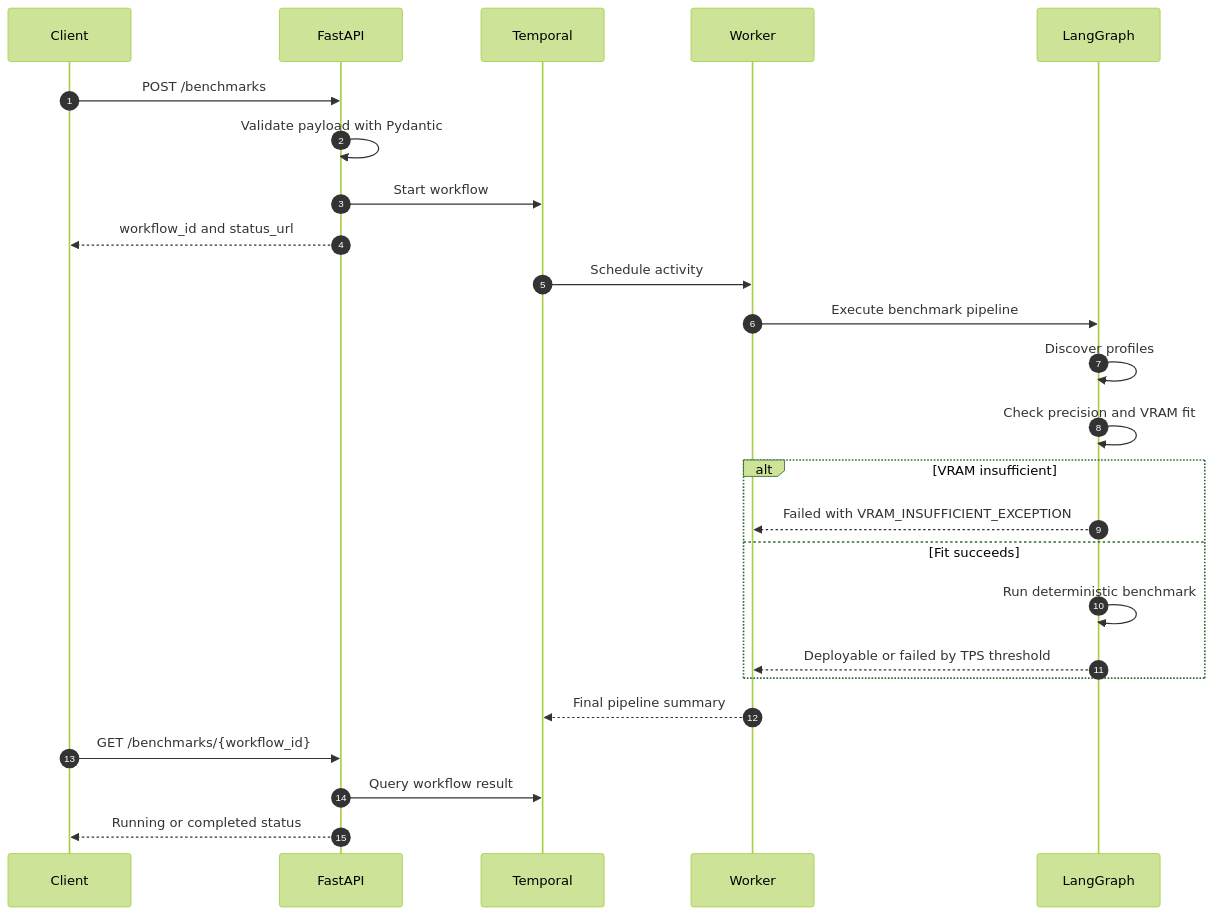
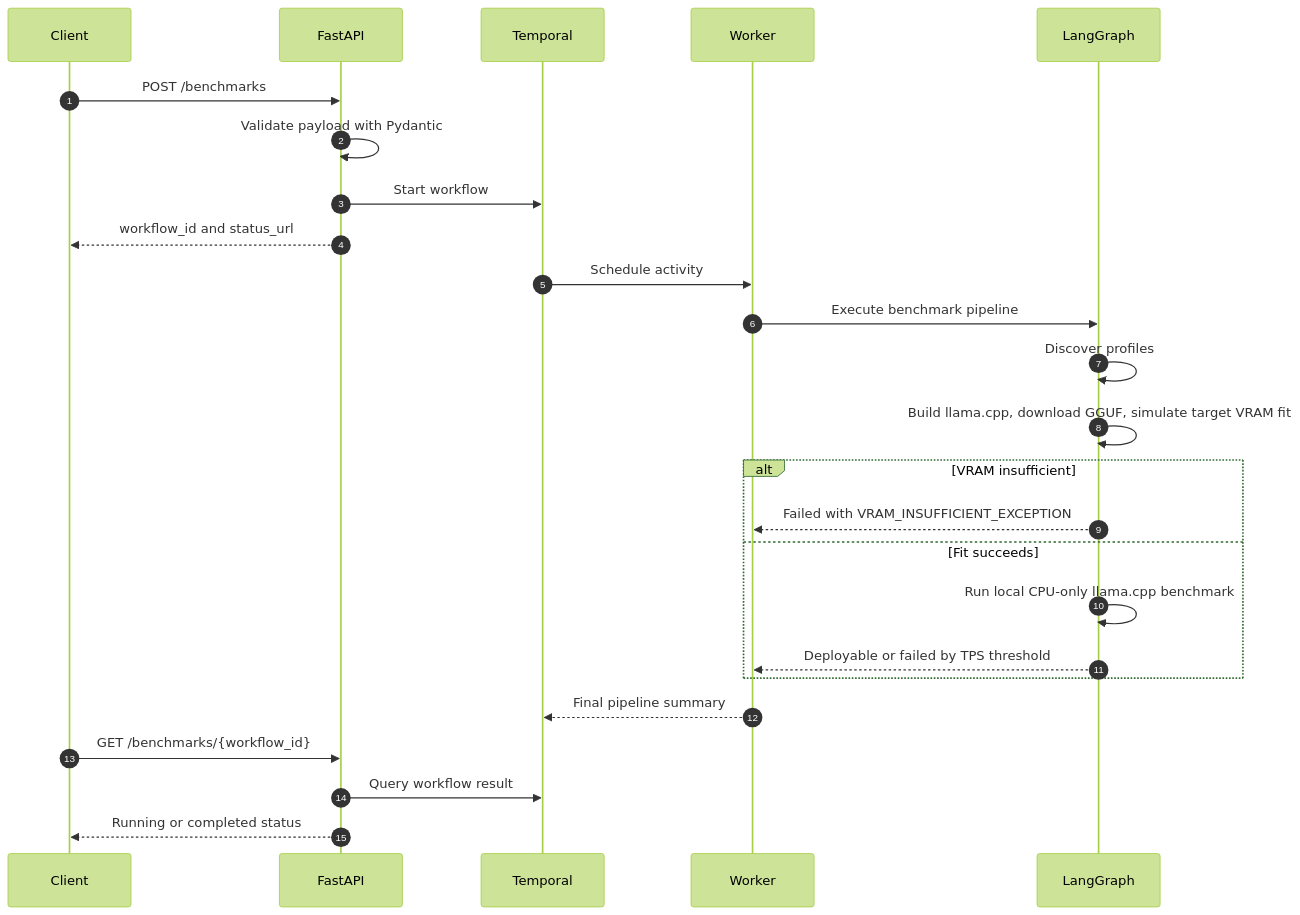
Before and after one commit to sidpasham/nim-factory-poc: the fourth of 7 diagrams in README.md, drawn with Mermaid (forest theme). The commit also changed other lines of this file and 31 other files, not shown here.

Commit message:
Add real time LLM compile and validation along with benckmarking using llama cpp

````diff
--- a/README.md
+++ b/README.md
@@ -151,28 +159,28 @@
 ```mermaid
 sequenceDiagram
     autonumber
     participant C as Client
     participant A as FastAPI
     participant T as Temporal
     participant W as Worker
     participant G as LangGraph
 
     C->>A: POST /benchmarks
     A->>A: Validate payload with Pydantic
     A->>T: Start workflow
     A-->>C: workflow_id and status_url
     T->>W: Schedule activity
     W->>G: Execute benchmark pipeline
     G->>G: Discover profiles
-    G->>G: Check precision and VRAM fit
+    G->>G: Build llama.cpp, download GGUF, simulate target VRAM fit
     alt VRAM insufficient
         G-->>W: Failed with VRAM_INSUFFICIENT_EXCEPTION
     else Fit succeeds
-        G->>G: Run deterministic benchmark
+        G->>G: Run local CPU-only llama.cpp benchmark
         G-->>W: Deployable or failed by TPS threshold
     end
     W-->>T: Final pipeline summary
     C->>A: GET /benchmarks/{workflow_id}
     A->>T: Query workflow result
     A-->>C: Running or completed status
 ```
````
